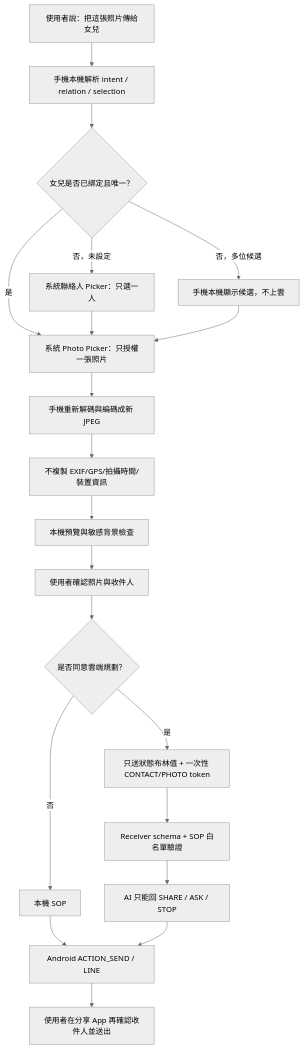
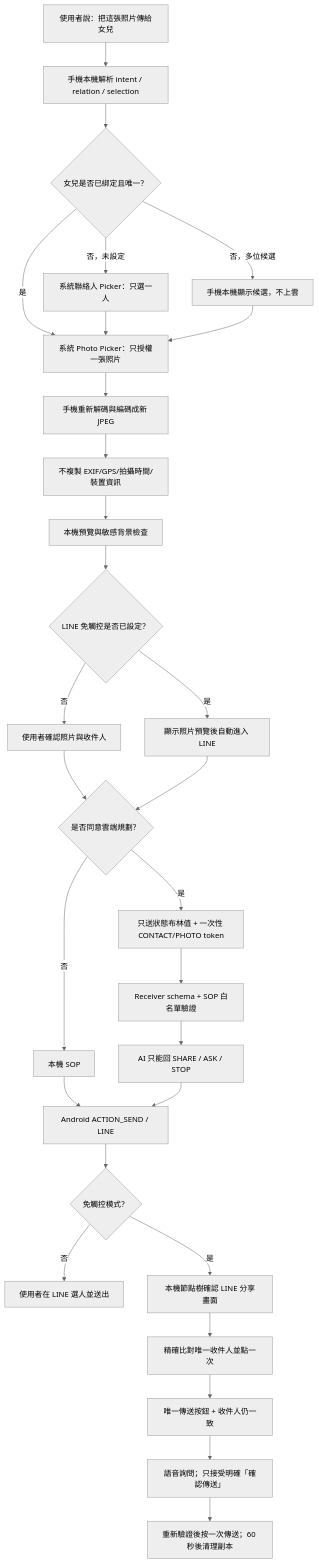
Before and after one commit to Betan423/PriveMVP: the first of 2 diagrams in HANDOFF_SCENARIO_1_2_PRIVACY.md, drawn with Mermaid (neutral theme). The commit also changed other lines of this file, not shown here.

````diff
--- a/HANDOFF_SCENARIO_1_2_PRIVACY.md
+++ b/HANDOFF_SCENARIO_1_2_PRIVACY.md
@@ -127,22 +150,31 @@
 ```mermaid
 flowchart TD
     A[使用者說：把這張照片傳給女兒] --> B[手機本機解析 intent / relation / selection]
     B --> C{女兒是否已綁定且唯一？}
     C -- 否，未設定 --> D[系統聯絡人 Picker：只選一人]
     C -- 否，多位候選 --> E[手機本機顯示候選，不上雲]
     C -- 是 --> F[系統 Photo Picker：只授權一張照片]
     D --> F
     E --> F
     F --> G[手機重新解碼與編碼成新 JPEG]
     G --> H[不複製 EXIF/GPS/拍攝時間/裝置資訊]
     H --> I[本機預覽與敏感背景檢查]
-    I --> J[使用者確認照片與收件人]
-    J --> K{是否同意雲端規劃？}
+    I --> J{LINE 免觸控是否已設定？}
+    J -- 否 --> K1[使用者確認照片與收件人]
+    J -- 是 --> K2[顯示照片預覽後自動進入 LINE]
+    K1 --> K{是否同意雲端規劃？}
+    K2 --> K
     K -- 否 --> L[本機 SOP]
     K -- 是 --> M[只送狀態布林值 + 一次性 CONTACT/PHOTO token]
     M --> N[Receiver schema + SOP 白名單驗證]
     N --> O[AI 只能回 SHARE / ASK / STOP]
     L --> P[Android ACTION_SEND / LINE]
     O --> P
-    P --> Q[使用者在分享 App 再確認收件人並送出]
+    P --> Q{免觸控模式？}
+    Q -- 否 --> R[使用者在 LINE 選人並送出]
+    Q -- 是 --> S[本機節點樹確認 LINE 分享畫面]
+    S --> T[精確比對唯一收件人並點一次]
+    T --> U[唯一傳送按鈕 + 收件人仍一致]
+    U --> V[語音詢問；只接受明確「確認傳送」]
+    V --> W[重新驗證後按一次傳送；60 秒後清理副本]
 ```
````
